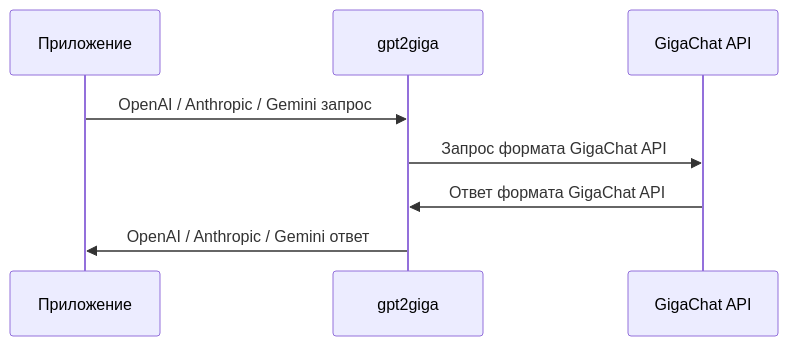
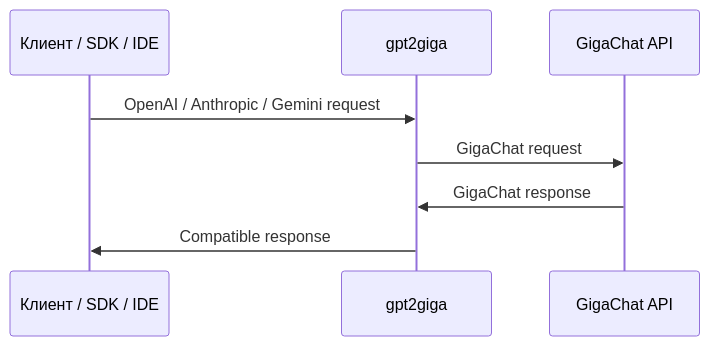
The diagram in README.md (ai-forever/gpt2giga), drawn with Mermaid before and after one commit. The commit also changed other lines of this file and 14 other files, not shown here.

````diff
--- a/README.md
+++ b/README.md
@@ -42,11 +22,11 @@
 ```mermaid
 sequenceDiagram
-    participant YourApp as Приложение
-    participant gpt2giga
+    participant Client as Клиент / SDK / IDE
+    participant Proxy as gpt2giga
     participant GigaChat as GigaChat API
 
-    YourApp->>gpt2giga: OpenAI / Anthropic / Gemini запрос
-    gpt2giga->>GigaChat: Запрос формата GigaChat API
-    GigaChat->>gpt2giga: Ответ формата GigaChat API
-    gpt2giga->>YourApp: OpenAI / Anthropic / Gemini ответ
+    Client->>Proxy: OpenAI / Anthropic / Gemini request
+    Proxy->>GigaChat: GigaChat request
+    GigaChat->>Proxy: GigaChat response
+    Proxy->>Client: Compatible response
 ```
````
